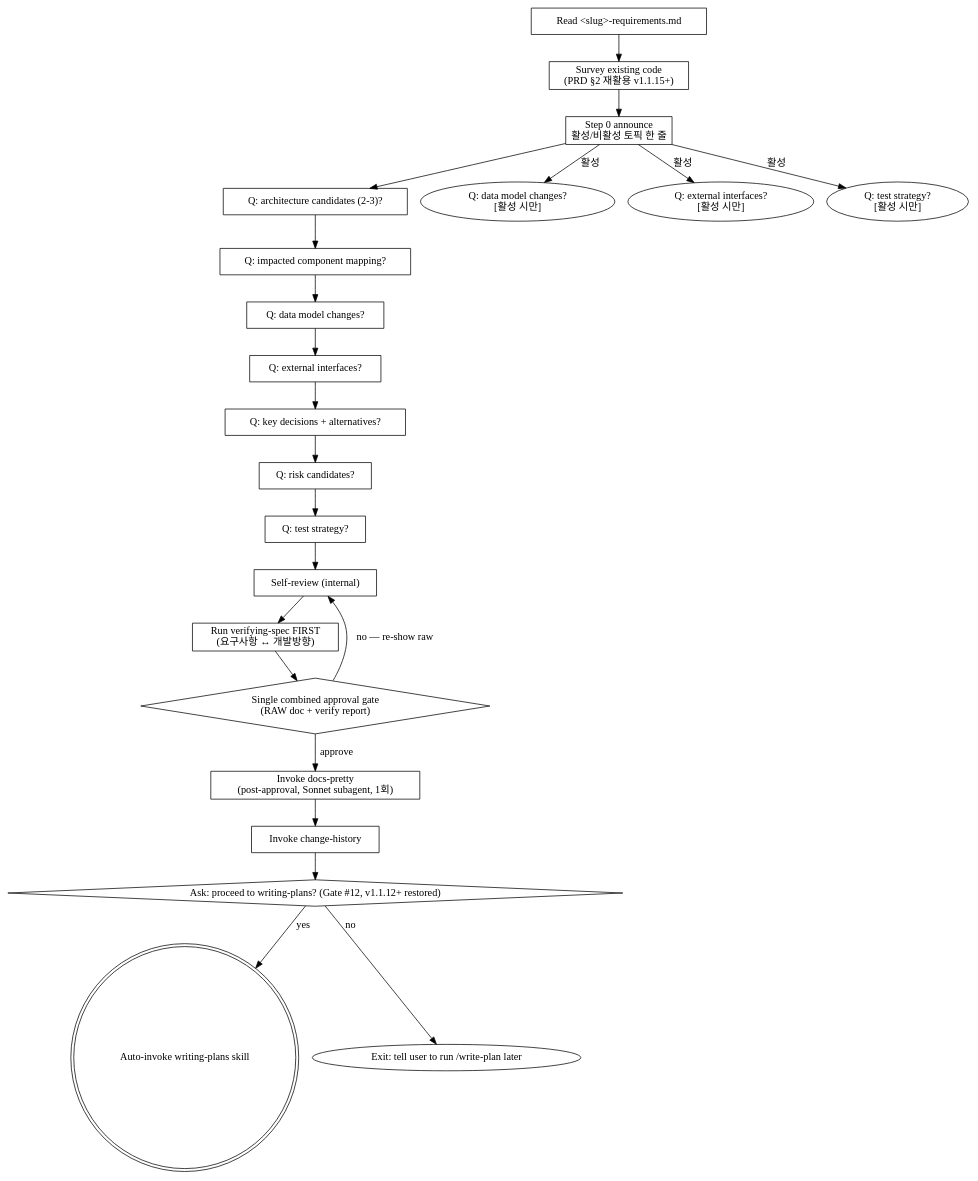
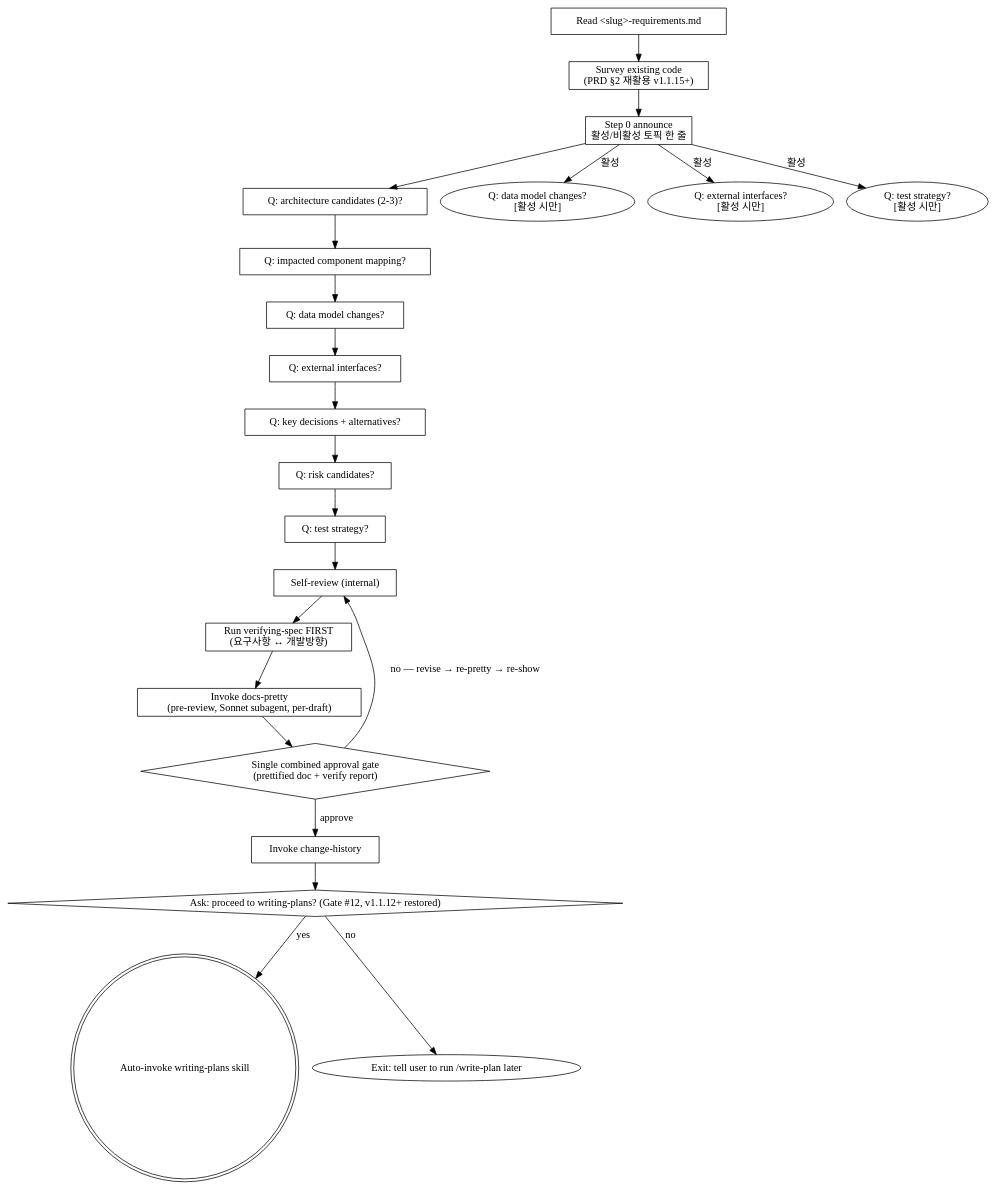
Before and after one commit to deokjinlog/dj-superkit: the diagram in skills/designing-direction/SKILL.md, drawn with Graphviz. The commit also changed other lines of this file and 2 other files, not shown here.

First line of the commit message:
feat(docs-pretty): pre-review timing 통일 (FR-5)

````diff
--- a/skills/designing-direction/SKILL.md
+++ b/skills/designing-direction/SKILL.md
@@ -61,44 +61,44 @@
 ```dot
 digraph design_flow {
     "Read <slug>-requirements.md" [shape=box];
     "Survey existing code\n(PRD §2 재활용 v1.1.15+)" [shape=box];
     "Step 0 announce\n활성/비활성 토픽 한 줄" [shape=box];
     "Q: architecture candidates (2-3)?" [shape=box];
     "Q: impacted component mapping?" [shape=box];
     "Q: data model changes?" [shape=box];
     "Q: external interfaces?" [shape=box];
     "Q: key decisions + alternatives?" [shape=box];
     "Q: risk candidates?" [shape=box];
     "Q: test strategy?" [shape=box];
     "Self-review (internal)" [shape=box];
     "Run verifying-spec FIRST\n(요구사항 ↔ 개발방향)" [shape=box];
-    "Single combined approval gate\n(RAW doc + verify report)" [shape=diamond];
-    "Invoke docs-pretty\n(post-approval, Sonnet subagent, 1회)" [shape=box];
+    "Invoke docs-pretty\n(pre-review, Sonnet subagent, per-draft)" [shape=box];
+    "Single combined approval gate\n(prettified doc + verify report)" [shape=diamond];
     "Invoke change-history" [shape=box];
     "Ask: proceed to writing-plans? (Gate #12, v1.1.12+ restored)" [shape=diamond];
     "Auto-invoke writing-plans skill" [shape=doublecircle];
     "Exit: tell user to run /write-plan later" [shape=oval];
 
     "Read <slug>-requirements.md" -> "Survey existing code\n(PRD §2 재활용 v1.1.15+)";
     "Survey existing code\n(PRD §2 재활용 v1.1.15+)" -> "Step 0 announce\n활성/비활성 토픽 한 줄";
     "Step 0 announce\n활성/비활성 토픽 한 줄" -> "Q: architecture candidates (2-3)?";
     "Step 0 announce\n활성/비활성 토픽 한 줄" -> "Q: data model changes?\n[활성 시만]" [label="활성"];
     "Step 0 announce\n활성/비활성 토픽 한 줄" -> "Q: external interfaces?\n[활성 시만]" [label="활성"];
     "Step 0 announce\n활성/비활성 토픽 한 줄" -> "Q: test strategy?\n[활성 시만]" [label="활성"];
     "Q: architecture candidates (2-3)?" -> "Q: impacted component mapping?";
     "Q: impacted component mapping?" -> "Q: data model changes?";
     "Q: data model changes?" -> "Q: external interfaces?";
     "Q: external interfaces?" -> "Q: key decisions + alternatives?";
     "Q: key decisions + alternatives?" -> "Q: risk candidates?";
     "Q: risk candidates?" -> "Q: test strategy?";
     "Q: test strategy?" -> "Self-review (internal)";
     "Self-review (internal)" -> "Run verifying-spec FIRST\n(요구사항 ↔ 개발방향)";
-    "Run verifying-spec FIRST\n(요구사항 ↔ 개발방향)" -> "Single combined approval gate\n(RAW doc + verify report)";
-    "Single combined approval gate\n(RAW doc + verify report)" -> "Self-review (internal)" [label="no — re-show raw"];
-    "Single combined approval gate\n(RAW doc + verify report)" -> "Invoke docs-pretty\n(post-approval, Sonnet subagent, 1회)" [label="approve"];
-    "Invoke docs-pretty\n(post-approval, Sonnet subagent, 1회)" -> "Invoke change-history";
+    "Run verifying-spec FIRST\n(요구사항 ↔ 개발방향)" -> "Invoke docs-pretty\n(pre-review, Sonnet subagent, per-draft)";
+    "Invoke docs-pretty\n(pre-review, Sonnet subagent, per-draft)" -> "Single combined approval gate\n(prettified doc + verify report)";
+    "Single combined approval gate\n(prettified doc + verify report)" -> "Self-review (internal)" [label="no — revise → re-pretty → re-show"];
+    "Single combined approval gate\n(prettified doc + verify report)" -> "Invoke change-history" [label="approve"];
     "Invoke change-history" -> "Ask: proceed to writing-plans? (Gate #12, v1.1.12+ restored)";
     "Ask: proceed to writing-plans? (Gate #12, v1.1.12+ restored)" -> "Auto-invoke writing-plans skill" [label="yes"];
     "Ask: proceed to writing-plans? (Gate #12, v1.1.12+ restored)" -> "Exit: tell user to run /write-plan later" [label="no"];
 }
 ```
````
